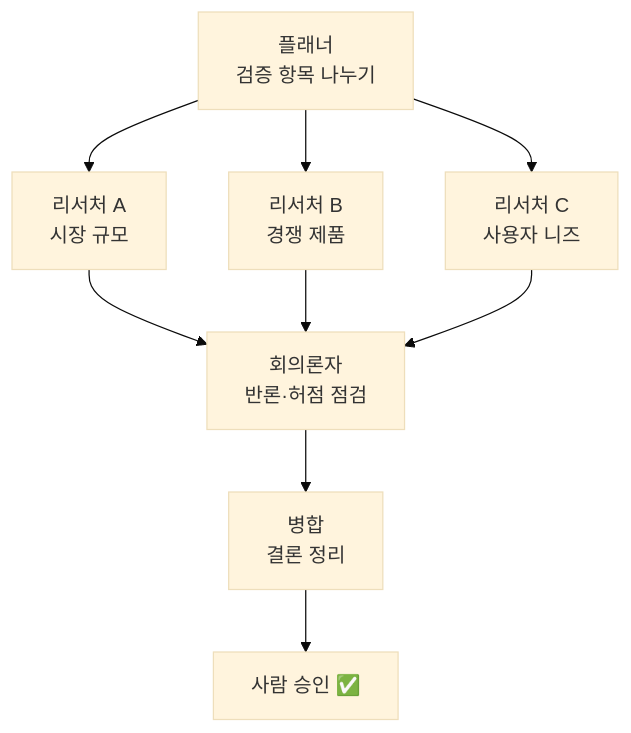
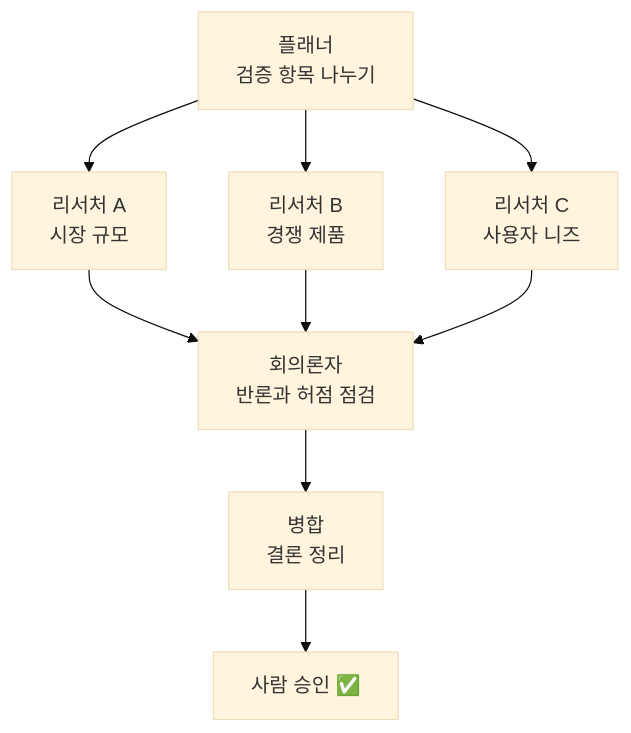
The diagram in blog/2026-08-12-graph-engineering-ai-workflow.mdx (johnycho/johny-dev), drawn with Mermaid (base theme) before and after one commit. The commit also changed other lines of this file and 188 other files, not shown here.

````diff
--- a/blog/2026-08-12-graph-engineering-ai-workflow.mdx
+++ b/blog/2026-08-12-graph-engineering-ai-workflow.mdx
@@ -66,9 +66,9 @@
 ```mermaid
 flowchart TD
     P["플래너<br/>검증 항목 나누기"] --> R1["리서처 A<br/>시장 규모"]
     P --> R2["리서처 B<br/>경쟁 제품"]
     P --> R3["리서처 C<br/>사용자 니즈"]
-    R1 & R2 & R3 --> S["회의론자<br/>반론·허점 점검"]
+    R1 & R2 & R3 --> S["회의론자<br/>반론과 허점 점검"]
     S --> M["병합<br/>결론 정리"]
     M --> H["사람 승인 ✅"]
 ```
````
